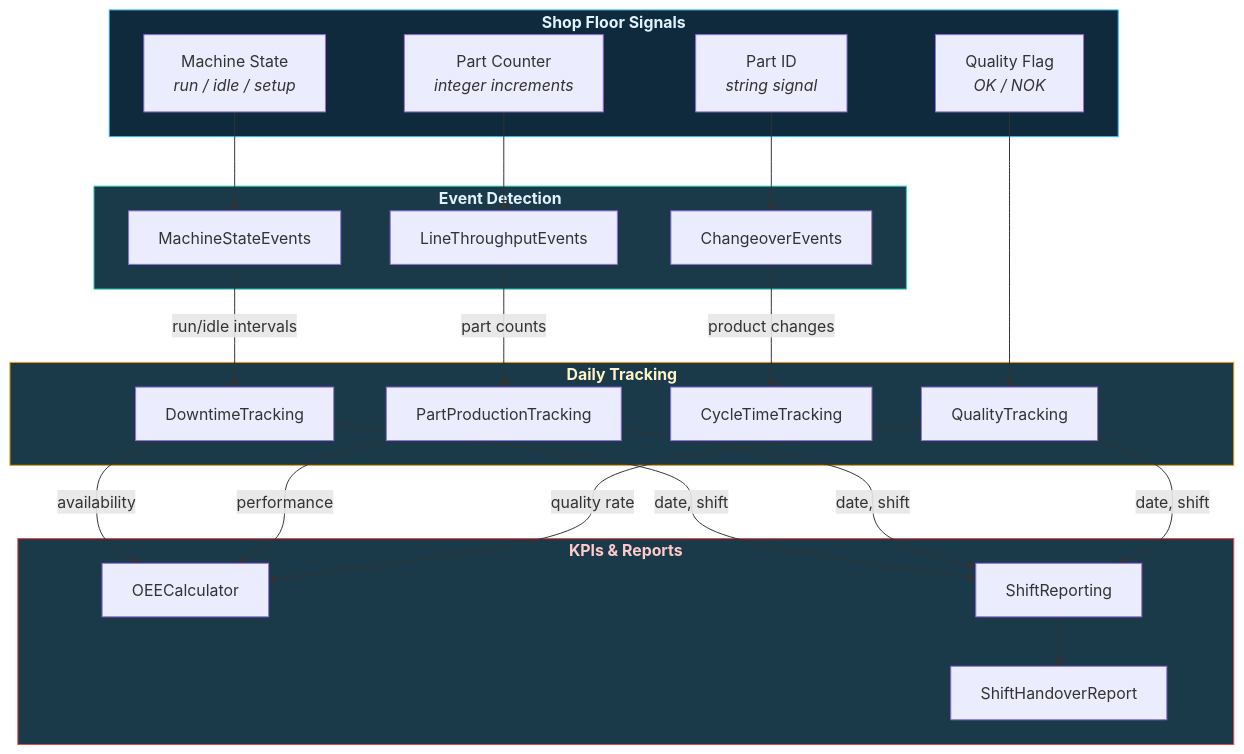
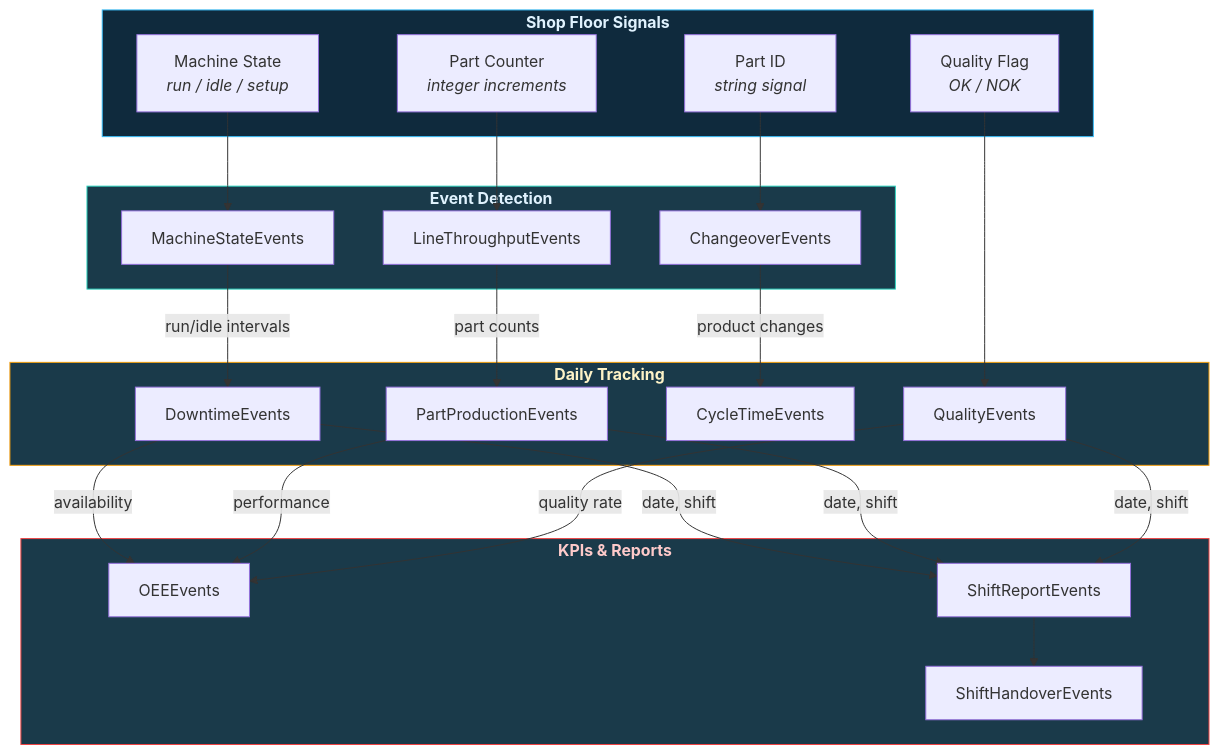
Before and after one commit to ts-shape/ts-shape: the second of 2 diagrams in docs/guides/index.md, drawn with Mermaid. The commit also changed other lines of this file and 136 other files, not shown here.

````diff
--- a/docs/guides/index.md
+++ b/docs/guides/index.md
@@ -188,52 +188,52 @@
 ```mermaid
 flowchart TB
     subgraph FLOOR["<b>Shop Floor Signals</b>"]
         S1["Machine State<br/><i>run / idle / setup</i>"]
         S2["Part Counter<br/><i>integer increments</i>"]
         S3["Part ID<br/><i>string signal</i>"]
         S4["Quality Flag<br/><i>OK / NOK</i>"]
     end
 
     subgraph EVENTS["<b>Event Detection</b>"]
         MS["MachineStateEvents"]
         LT["LineThroughputEvents"]
         CO["ChangeoverEvents"]
     end
 
     subgraph TRACKING["<b>Daily Tracking</b>"]
-        PT["PartProductionTracking"]
-        DT["DowntimeTracking"]
-        CT["CycleTimeTracking"]
-        QT["QualityTracking"]
+        PT["PartProductionEvents"]
+        DT["DowntimeEvents"]
+        CT["CycleTimeEvents"]
+        QT["QualityEvents"]
     end
 
     subgraph KPI["<b>KPIs & Reports</b>"]
-        OEE["OEECalculator"]
-        SR["ShiftReporting"]
-        SH["ShiftHandoverReport"]
+        OEE["OEEEvents"]
+        SR["ShiftReportEvents"]
+        SH["ShiftHandoverEvents"]
     end
 
     S1 --> MS
     S2 --> LT
     S3 --> CO
     S4 --> QT
 
     MS -->|"run/idle intervals"| DT
     LT -->|"part counts"| PT
     CO -->|"product changes"| CT
 
     DT -->|"availability"| OEE
     PT -->|"performance"| OEE
     QT -->|"quality rate"| OEE
 
     DT -->|"date, shift"| SR
     PT -->|"date, shift"| SR
     QT -->|"date, shift"| SR
 
     SR --> SH
 
     style FLOOR fill:#0f2a3d,stroke:#38bdf8,color:#e0f2fe
     style EVENTS fill:#1a3a4a,stroke:#2dd4bf,color:#e0f2fe
     style TRACKING fill:#1a3a4a,stroke:#f59e0b,color:#fef3c7
     style KPI fill:#1a3a4a,stroke:#ef4444,color:#fecaca
 ```
````
